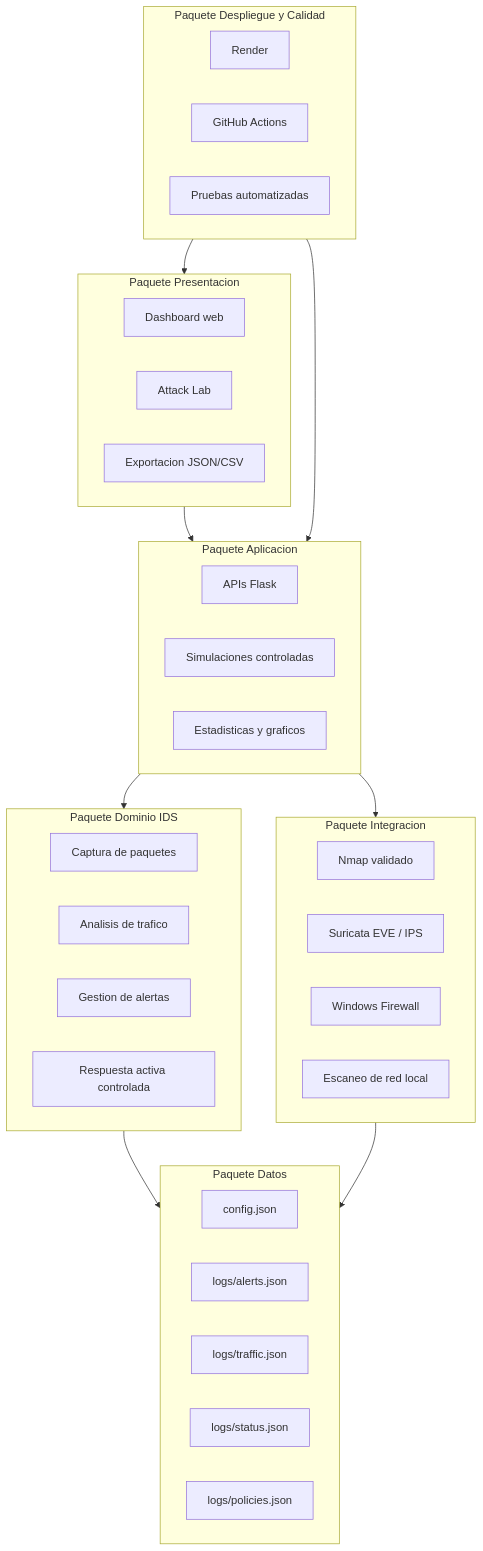
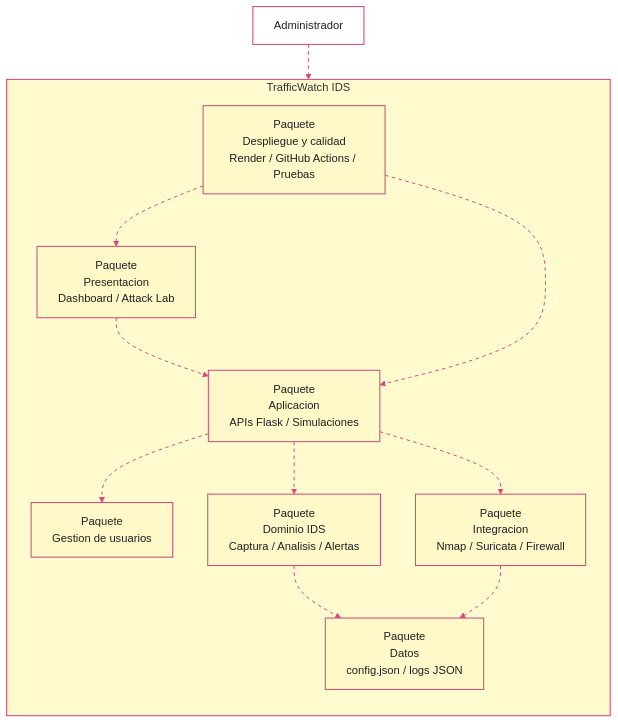
Before and after one commit to UPT-FAING-EPIS/proyecto-si784-2026-i-u3-ids-sistema-deteccion-de-instrusos_u3: the third of 9 diagrams in docs/FD03-Informe-Especificación Requerimientos.md, drawn with Mermaid. The commit also changed other lines of this file, not shown here.

Commit message:
Mejorar estilo de diagrama de paquetes en FD03

````diff
--- a/docs/FD03-Informe-Especificación Requerimientos.md
+++ b/docs/FD03-Informe-Especificación Requerimientos.md
@@ -199,50 +200,32 @@
 ```mermaid
 flowchart TB
-    subgraph PRESENTACION[Paquete Presentacion]
-        DASH[Dashboard web]
-        LAB[Attack Lab]
-        EXPORT[Exportacion JSON/CSV]
+    classDef actor fill:#ffffff,stroke:#cf4f7a,stroke-width:1.5px,color:#222222;
+    classDef package fill:#fff8c9,stroke:#cf4f7a,stroke-width:1.5px,color:#222222;
+
+    ADMIN["Administrador"]:::actor
+
+    subgraph SISTEMA[TrafficWatch IDS]
+        direction TB
+        USUARIOS["Paquete<br/>Gestion de usuarios"]:::package
+        PRESENTACION["Paquete<br/>Presentacion<br/>Dashboard / Attack Lab"]:::package
+        APLICACION["Paquete<br/>Aplicacion<br/>APIs Flask / Simulaciones"]:::package
+        DOMINIO["Paquete<br/>Dominio IDS<br/>Captura / Analisis / Alertas"]:::package
+        INTEGRACION["Paquete<br/>Integracion<br/>Nmap / Suricata / Firewall"]:::package
+        DATOS["Paquete<br/>Datos<br/>config.json / logs JSON"]:::package
+        DESPLIEGUE["Paquete<br/>Despliegue y calidad<br/>Render / GitHub Actions / Pruebas"]:::package
     end
 
-    subgraph APLICACION[Paquete Aplicacion]
-        API[APIs Flask]
-        SIM[Simulaciones controladas]
-        STATS[Estadisticas y graficos]
-    end
+    style SISTEMA fill:#fffbcf,stroke:#cf4f7a,stroke-width:1.5px
 
-    subgraph DOMINIO[Paquete Dominio IDS]
-        CAP[Captura de paquetes]
-        ANALISIS[Analisis de trafico]
-        ALERTAS[Gestion de alertas]
-        RESPUESTA[Respuesta activa controlada]
-    end
+    ADMIN -.-> PRESENTACION
+    PRESENTACION -.-> APLICACION
+    APLICACION -.-> USUARIOS
+    APLICACION -.-> DOMINIO
+    APLICACION -.-> INTEGRACION
+    DOMINIO -.-> DATOS
+    INTEGRACION -.-> DATOS
+    DESPLIEGUE -.-> PRESENTACION
+    DESPLIEGUE -.-> APLICACION
 
-    subgraph INTEGRACION[Paquete Integracion]
-        NMAP[Nmap validado]
-        SURICATA[Suricata EVE / IPS]
-        FIREWALL[Windows Firewall]
-        SCANNER[Escaneo de red local]
-    end
-
-    subgraph DATOS[Paquete Datos]
-        CONFIG[config.json]
-        LOG_ALERTS[logs/alerts.json]
-        LOG_TRAFFIC[logs/traffic.json]
-        LOG_STATUS[logs/status.json]
-        POLICIES[logs/policies.json]
-    end
-
-    subgraph DESPLIEGUE[Paquete Despliegue y Calidad]
-        RENDER[Render]
-        WORKFLOWS[GitHub Actions]
-        TESTS[Pruebas automatizadas]
-    end
-
-    PRESENTACION --> APLICACION
-    APLICACION --> DOMINIO
-    APLICACION --> INTEGRACION
-    DOMINIO --> DATOS
-    INTEGRACION --> DATOS
-    DESPLIEGUE --> PRESENTACION
-    DESPLIEGUE --> APLICACION
+    linkStyle default stroke:#cf4f7a,stroke-width:1.4px,stroke-dasharray: 5 5
 ```
````
